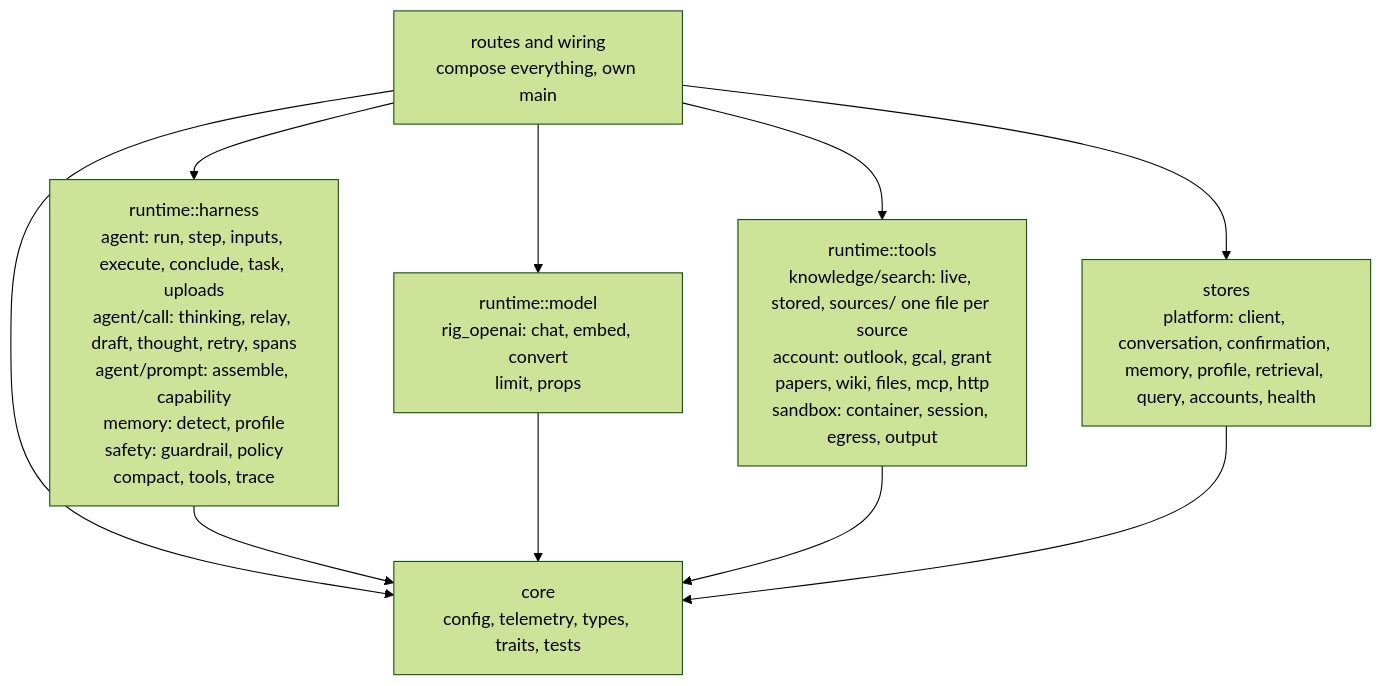
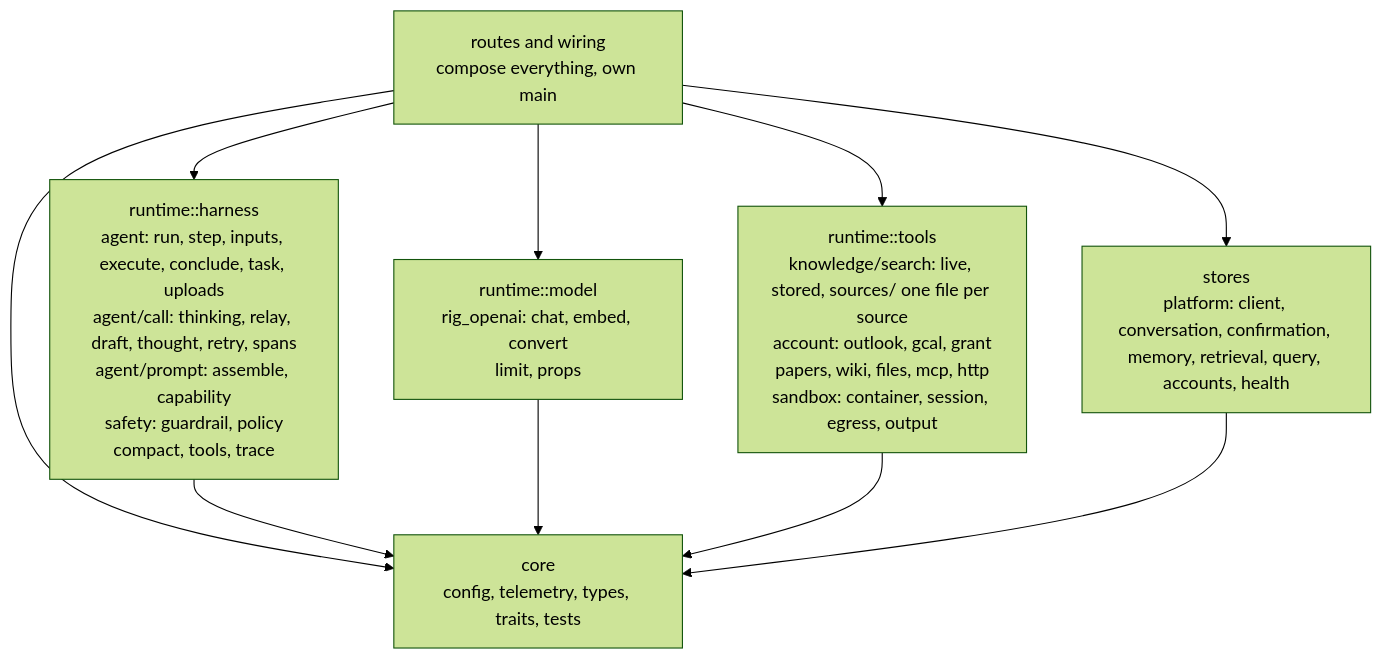
The second of 8 diagrams in docs/ARCHITECTURE.md (theaisocietyasu/sparky), drawn with Mermaid (forest theme) before and after one commit. The commit also changed other lines of this file and 48 other files, not shown here.

First line of the commit message:
Drop the profile graph (#107)

````diff
--- a/docs/ARCHITECTURE.md
+++ b/docs/ARCHITECTURE.md
@@ -113,19 +113,19 @@
 ```mermaid
 flowchart TD
     ROUTES["routes and wiring<br/>compose everything, own main"]
-    HARNESS["runtime::harness<br/>agent: run, step, inputs, execute, conclude, task, uploads<br/>agent/call: thinking, relay, draft, thought, retry, spans<br/>agent/prompt: assemble, capability<br/>memory: detect, profile<br/>safety: guardrail, policy<br/>compact, tools, trace"]
+    HARNESS["runtime::harness<br/>agent: run, step, inputs, execute, conclude, task, uploads<br/>agent/call: thinking, relay, draft, thought, retry, spans<br/>agent/prompt: assemble, capability<br/>safety: guardrail, policy<br/>compact, tools, trace"]
     MODEL["runtime::model<br/>rig_openai: chat, embed, convert<br/>limit, props"]
     TOOLS["runtime::tools<br/>knowledge/search: live, stored, sources/ one file per source<br/>account: outlook, gcal, grant<br/>papers, wiki, files, mcp, http<br/>sandbox: container, session, egress, output"]
-    STORES["stores<br/>platform: client, conversation, confirmation, memory, profile, retrieval, query, accounts, health"]
+    STORES["stores<br/>platform: client, conversation, confirmation, memory, retrieval, query, accounts, health"]
     CORE["core<br/>config, telemetry, types, traits, tests"]
 
     ROUTES --> HARNESS
     ROUTES --> MODEL
     ROUTES --> TOOLS
     ROUTES --> STORES
     ROUTES --> CORE
     HARNESS --> CORE
     MODEL --> CORE
     TOOLS --> CORE
     STORES --> CORE
 ```
````
